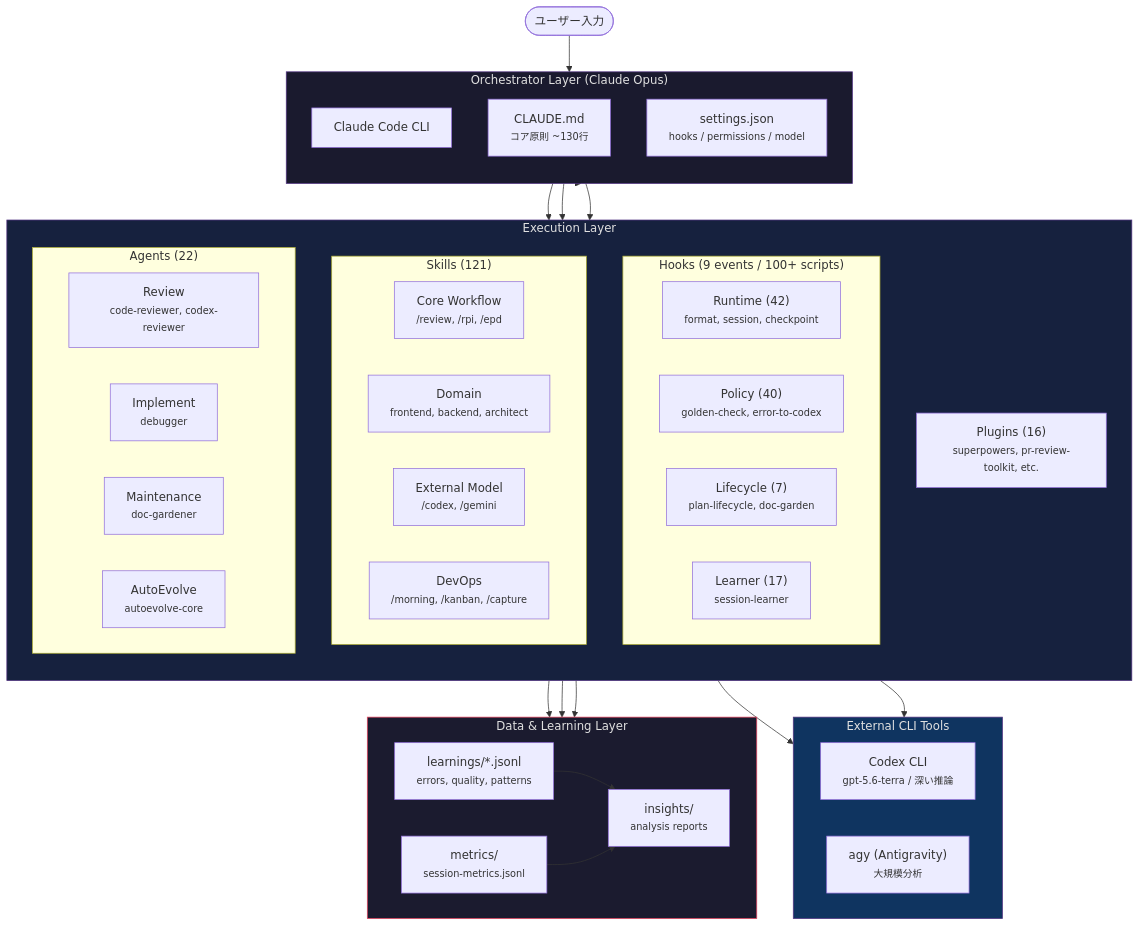
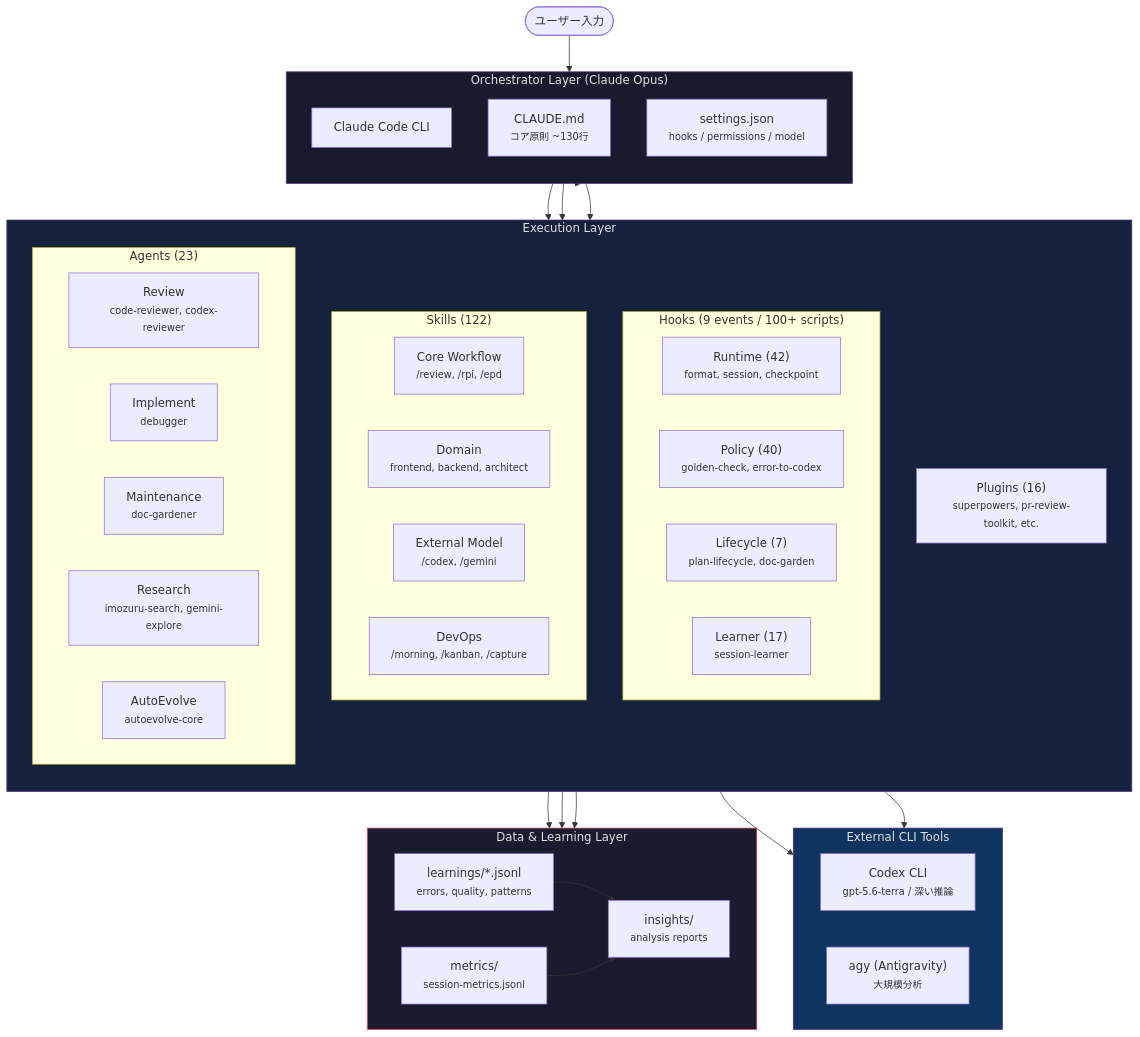
Before and after one commit to takeuchi-shogo/dotfiles: the first of 3 diagrams in .config/claude/README.md, drawn with Mermaid. The commit also changed other lines of this file and 15 other files, not shown here.

First line of the commit message:
✨ feat(skills): imozuru（芋づる式原文リサーチ）を追加 (#279)

````diff
--- a/.config/claude/README.md
+++ b/.config/claude/README.md
@@ -28,71 +28,72 @@
 ```mermaid
 graph TB
     User([ユーザー入力])
 
     subgraph orchestrator["Orchestrator Layer (Claude Opus)"]
         direction TB
         CC[Claude Code CLI]
         CLAUDE_MD["CLAUDE.md<br><small>コア原則 ~130行</small>"]
         SETTINGS["settings.json<br><small>hooks / permissions / model</small>"]
     end
 
     subgraph execution["Execution Layer"]
         direction TB
         subgraph hooks_box["Hooks (9 events / 100+ scripts)"]
             direction LR
             H_RT["Runtime (42)<br><small>format, session, checkpoint</small>"]
             H_PO["Policy (40)<br><small>golden-check, error-to-codex</small>"]
             H_LC["Lifecycle (7)<br><small>plan-lifecycle, doc-garden</small>"]
             H_LR["Learner (17)<br><small>session-learner</small>"]
         end
 
-        subgraph skills_box["Skills (121)"]
+        subgraph skills_box["Skills (122)"]
             direction LR
             SK_CORE["Core Workflow<br><small>/review, /rpi, /epd</small>"]
             SK_DOMAIN["Domain<br><small>frontend, backend, architect</small>"]
             SK_EXT["External Model<br><small>/codex, /gemini</small>"]
             SK_OPS["DevOps<br><small>/morning, /kanban, /capture</small>"]
         end
 
-        subgraph agents_box["Agents (22)"]
+        subgraph agents_box["Agents (23)"]
             direction LR
             AG_REV["Review<br><small>code-reviewer, codex-reviewer</small>"]
             AG_IMPL["Implement<br><small>debugger</small>"]
             AG_MAINT["Maintenance<br><small>doc-gardener</small>"]
+            AG_RESEARCH["Research<br><small>imozuru-search, gemini-explore</small>"]
             AG_EVOLVE["AutoEvolve<br><small>autoevolve-core</small>"]
         end
 
         PLUGINS["Plugins (16)<br><small>superpowers, pr-review-toolkit, etc.</small>"]
     end
 
     subgraph external["External CLI Tools"]
         direction LR
         CODEX["Codex CLI<br><small>gpt-5.6-terra / 深い推論</small>"]
         GEMINI["agy (Antigravity)<br><small>大規模分析</small>"]
     end
 
     subgraph data["Data & Learning Layer"]
         direction LR
         LEARNINGS["learnings/*.jsonl<br><small>errors, quality, patterns</small>"]
         METRICS["metrics/<br><small>session-metrics.jsonl</small>"]
         INSIGHTS["insights/<br><small>analysis reports</small>"]
     end
 
     User --> CC
     CC --> hooks_box
     CC --> skills_box
     CC --> agents_box
     CC --> PLUGINS
     SK_EXT --> CODEX
     SK_EXT --> GEMINI
     AG_EVOLVE --> LEARNINGS
     H_LR --> LEARNINGS
     H_PO --> LEARNINGS
     LEARNINGS --> INSIGHTS
     METRICS --> INSIGHTS
 
     style orchestrator fill:#1a1a2e,stroke:#533483,color:#e0e0e0
     style execution fill:#16213e,stroke:#533483,color:#e0e0e0
     style external fill:#0f3460,stroke:#533483,color:#e0e0e0
     style data fill:#1b1b2f,stroke:#e94560,color:#e0e0e0
 ```
````
